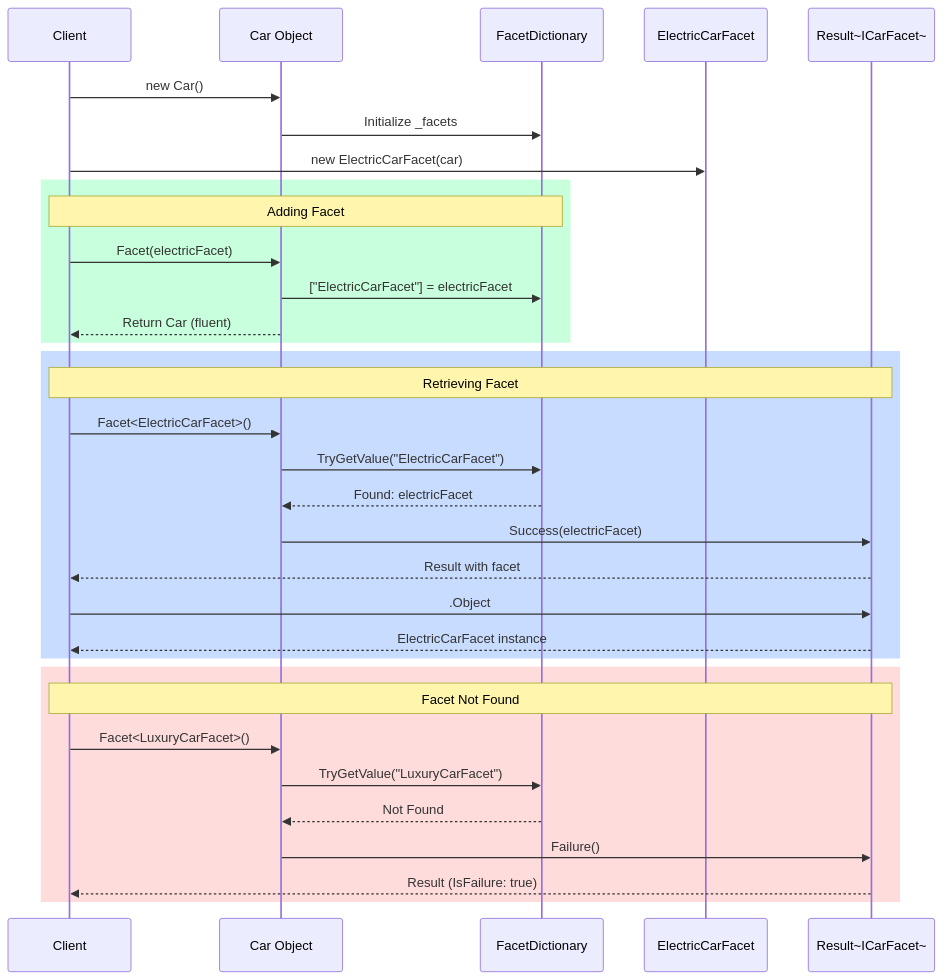
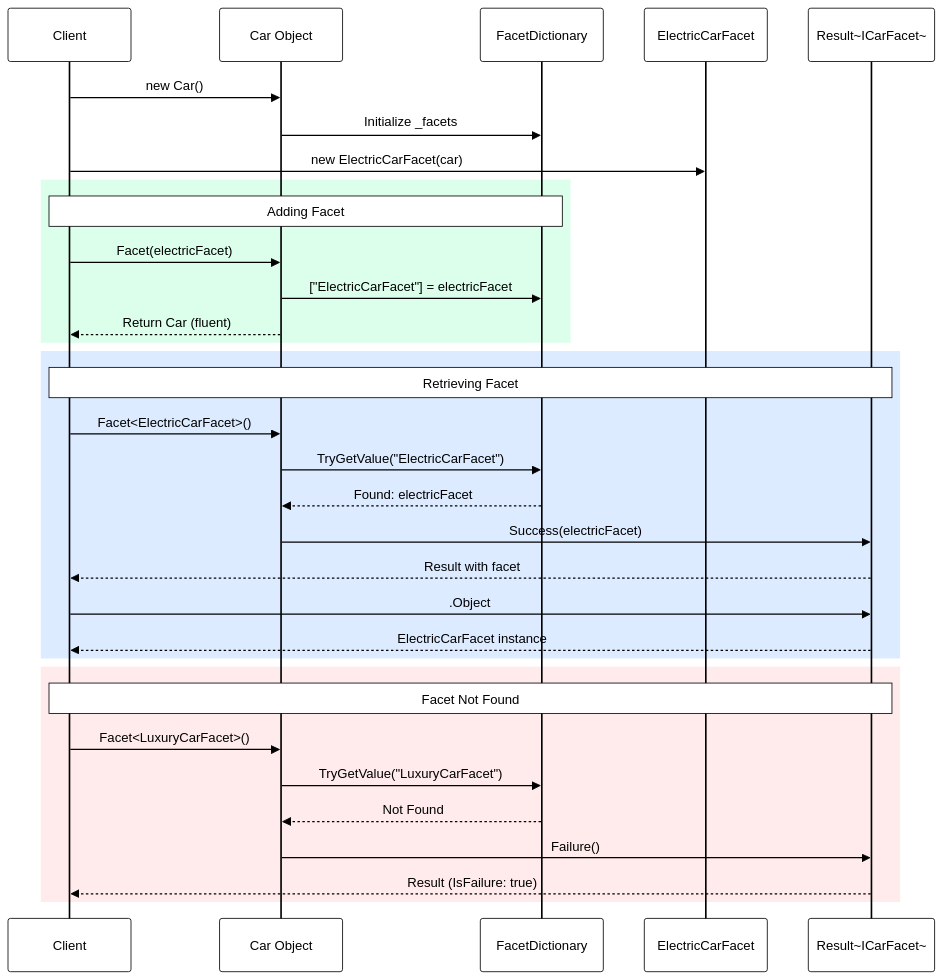
The fourth of 6 diagrams in Object.Biz/doc/ARCHITECTURE.md (FrenchExDev/FrenchExDev.Net), drawn with Mermaid before and after one commit. The commit also changed other lines of this file and 1 other file, not shown here.

````diff
--- a/Object.Biz/doc/ARCHITECTURE.md
+++ b/Object.Biz/doc/ARCHITECTURE.md
@@ -175,41 +175,42 @@
 ```mermaid
+%%{init: {'theme':'base', 'themeVariables': { 'primaryColor':'#fff','primaryTextColor':'#000','primaryBorderColor':'#000','lineColor':'#000','secondaryColor':'#f4f4f4','tertiaryColor':'#f4f4f4','noteTextColor':'#000','noteBkgColor':'#fff','noteBorderColor':'#000','actorTextColor':'#000','actorLineColor':'#000','signalColor':'#000','signalTextColor':'#000','labelBoxBkgColor':'#f4f4f4','labelBoxBorderColor':'#000','labelTextColor':'#000','loopTextColor':'#000','activationBorderColor':'#000','activationBkgColor':'#f4f4f4','sequenceNumberColor':'#000'}}}%%
 sequenceDiagram
     participant Client
     participant Car as Car Object
     participant FacetDict as FacetDictionary
     participant ElectricFacet as ElectricCarFacet
     participant Result as Result~ICarFacet~
     
     Client->>Car: new Car()
     Car->>FacetDict: Initialize _facets
     
     Client->>ElectricFacet: new ElectricCarFacet(car)
     
-    rect rgb(200, 255, 220)
+    rect rgb(220, 255, 235)
     Note over Client,FacetDict: Adding Facet
     Client->>Car: Facet(electricFacet)
     Car->>FacetDict: ["ElectricCarFacet"] = electricFacet
     Car-->>Client: Return Car (fluent)
     end
     
-    rect rgb(200, 220, 255)
+    rect rgb(220, 235, 255)
     Note over Client,Result: Retrieving Facet
     Client->>Car: Facet<ElectricCarFacet>()
     Car->>FacetDict: TryGetValue("ElectricCarFacet")
     FacetDict-->>Car: Found: electricFacet
     Car->>Result: Success(electricFacet)
     Result-->>Client: Result with facet
     
     Client->>Result: .Object
     Result-->>Client: ElectricCarFacet instance
     end
     
-    rect rgb(255, 220, 220)
+    rect rgb(255, 235, 235)
     Note over Client,Result: Facet Not Found
     Client->>Car: Facet<LuxuryCarFacet>()
     Car->>FacetDict: TryGetValue("LuxuryCarFacet")
     FacetDict-->>Car: Not Found
     Car->>Result: Failure()
     Result-->>Client: Result (IsFailure: true)
     end
 ```
````
